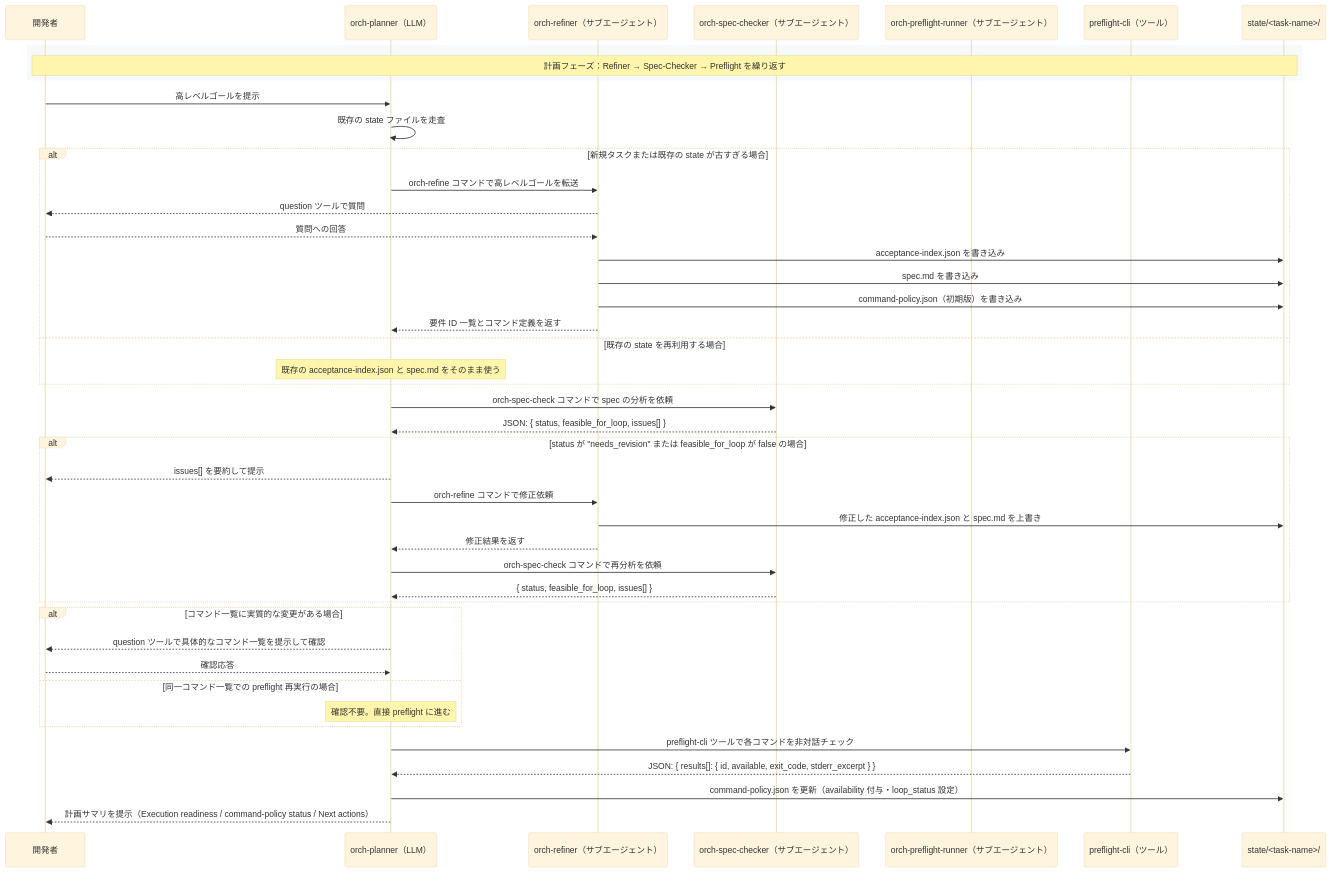
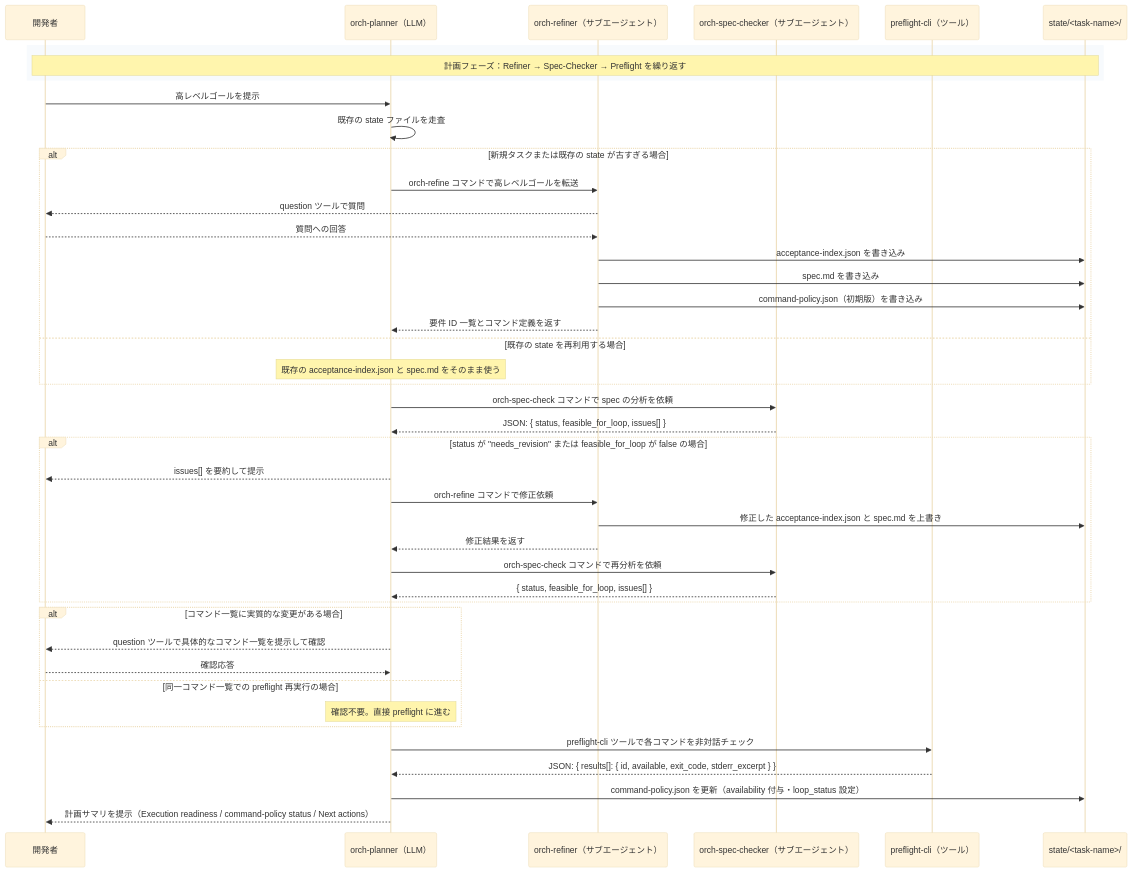
Before and after one commit to ZenkakuHiragana/opencode-orchestrator: the first of 2 diagrams in agent-roles.md, drawn with Mermaid (base theme). The commit also changed other lines of this file and 8 other files, not shown here.

Commit message:
refactor: remove orch-preflight-runner agent and dead preflight-cli code

````diff
--- a/agent-roles.md
+++ b/agent-roles.md
@@ -53,54 +53,53 @@
 ```mermaid
 sequenceDiagram
     participant Human as 開発者
     participant Planner as orch-planner（LLM）
     participant RefinerAgent as orch-refiner（サブエージェント）
     participant SpecCheckerAgent as orch-spec-checker（サブエージェント）
-    participant PreflightAgent as orch-preflight-runner（サブエージェント）
     participant PreflightTool as preflight-cli（ツール）
     participant StateDir as state/<task-name>/
 
     rect rgba(200, 220, 240, 0.15)
         Note over Human,StateDir: 計画フェーズ：Refiner → Spec-Checker → Preflight を繰り返す
     end
 
     Human->>Planner: 高レベルゴールを提示
     Planner->>Planner: 既存の state ファイルを走査
 
     alt 新規タスクまたは既存の state が古すぎる場合
         Planner->>RefinerAgent: orch-refine コマンドで高レベルゴールを転送
         RefinerAgent-->>Human: question ツールで質問
         Human-->>RefinerAgent: 質問への回答
         RefinerAgent->>StateDir: acceptance-index.json を書き込み
         RefinerAgent->>StateDir: spec.md を書き込み
         RefinerAgent->>StateDir: command-policy.json（初期版）を書き込み
         RefinerAgent-->>Planner: 要件 ID 一覧とコマンド定義を返す
     else 既存の state を再利用する場合
         Note over Planner: 既存の acceptance-index.json と spec.md をそのまま使う
     end
 
     Planner->>SpecCheckerAgent: orch-spec-check コマンドで spec の分析を依頼
     SpecCheckerAgent-->>Planner: JSON: { status, feasible_for_loop, issues[] }
 
     alt status が "needs_revision" または feasible_for_loop が false の場合
         Planner-->>Human: issues[] を要約して提示
         Planner->>RefinerAgent: orch-refine コマンドで修正依頼
         RefinerAgent->>StateDir: 修正した acceptance-index.json と spec.md を上書き
         RefinerAgent-->>Planner: 修正結果を返す
         Planner->>SpecCheckerAgent: orch-spec-check コマンドで再分析を依頼
         SpecCheckerAgent-->>Planner: { status, feasible_for_loop, issues[] }
     end
 
     alt コマンド一覧に実質的な変更がある場合
         Planner-->>Human: question ツールで具体的なコマンド一覧を提示して確認
         Human-->>Planner: 確認応答
     else 同一コマンド一覧での preflight 再実行の場合
         Note over Planner: 確認不要。直接 preflight に進む
     end
 
     Planner->>PreflightTool: preflight-cli ツールで各コマンドを非対話チェック
     PreflightTool-->>Planner: JSON: { results[]: { id, available, exit_code, stderr_excerpt } }
 
     Planner->>StateDir: command-policy.json を更新（availability 付与・loop_status 設定）
     Planner-->>Human: 計画サマリを提示（Execution readiness / command-policy status / Next actions）
 ```
````
